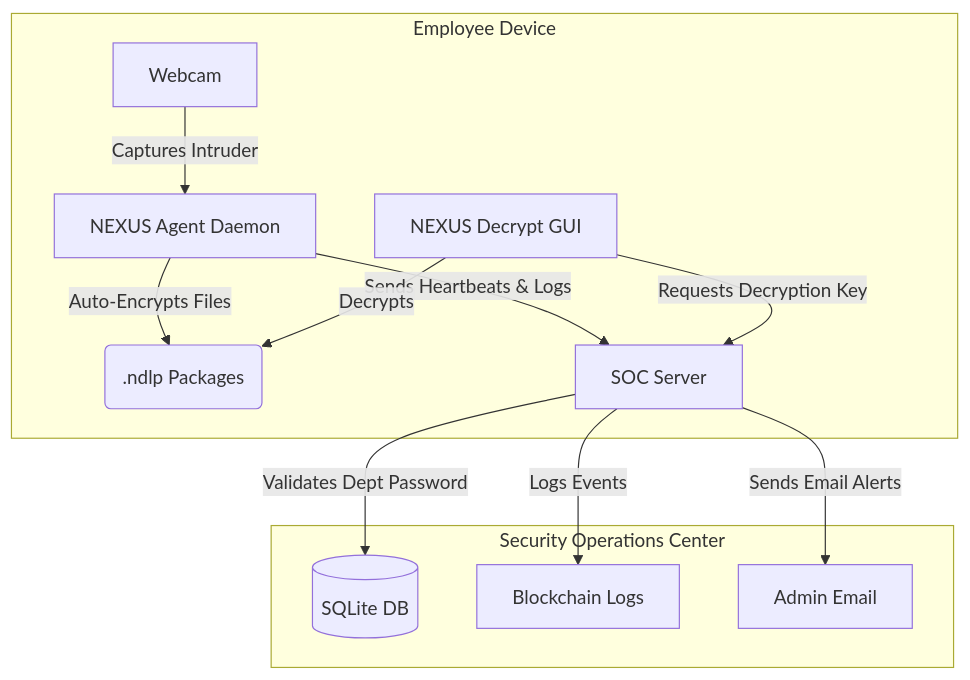
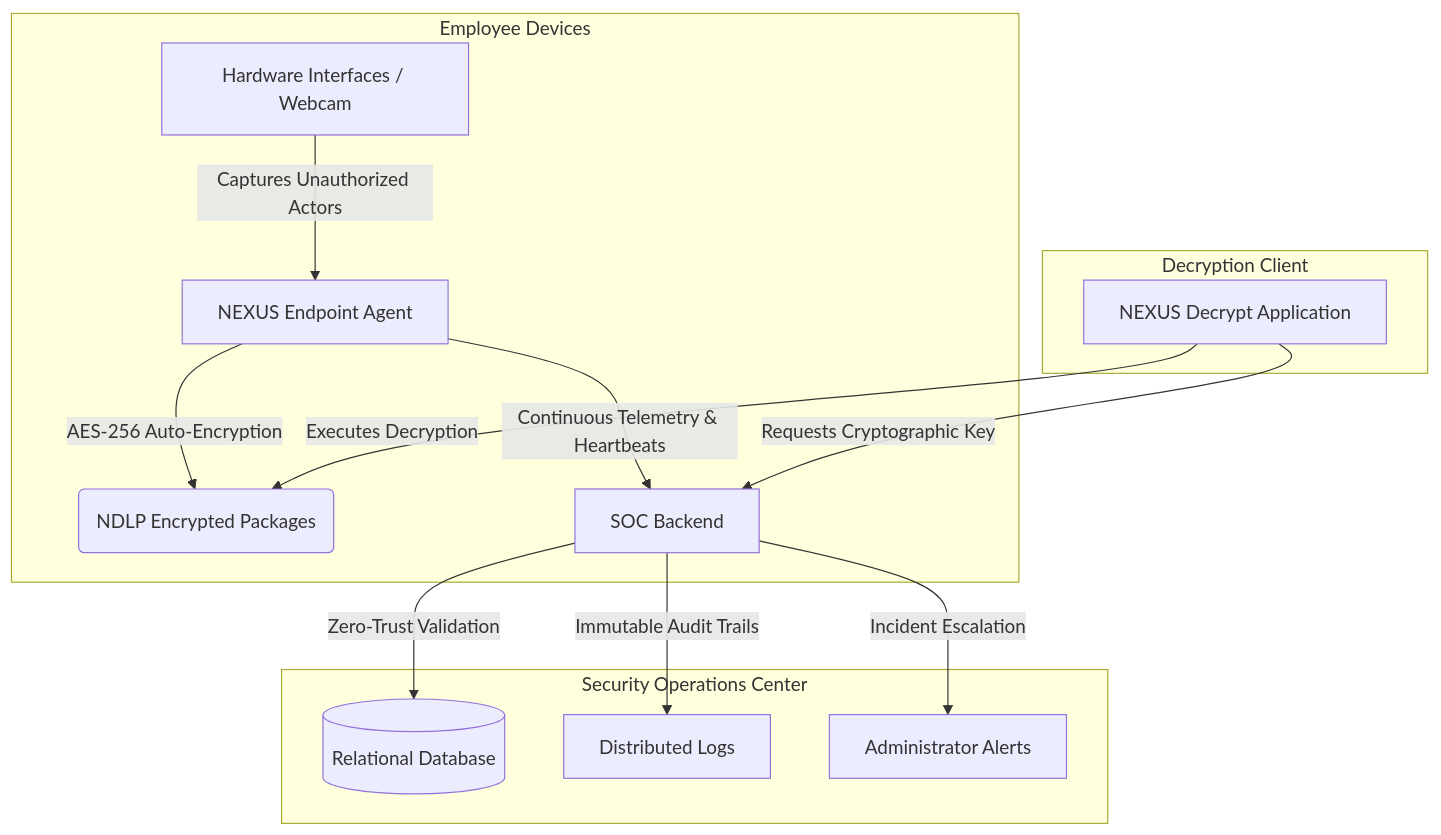
One commit to Arnab0513/Nexus-Secure-Dlp changed the first of 2 diagrams in README.md. Above: the diagram before and after it, drawn with Mermaid. The commit also changed other lines of this file, not shown here.

Commit message:
docs: rewrite architecture and layer descriptions for production-grade presentation

````diff
--- a/README.md
+++ b/README.md
@@ -12,16 +12,19 @@
 ```mermaid
 graph TD;
-    subgraph Endpoint [Employee Device]
-        A[NEXUS Agent Daemon] -->|Auto-Encrypts Files| B(.ndlp Packages)
-        A -->|Sends Heartbeats & Logs| C[SOC Server]
-        D[Webcam] -->|Captures Intruder| A
-        E[NEXUS Decrypt GUI] -->|Requests Decryption Key| C
-        E -->|Decrypts| B
+    subgraph Endpoint Layer [Employee Devices]
+        A[NEXUS Endpoint Agent] -->|AES-256 Auto-Encryption| B(NDLP Encrypted Packages)
+        A -->|Continuous Telemetry & Heartbeats| C[SOC Backend]
+        D[Hardware Interfaces / Webcam] -->|Captures Unauthorized Actors| A
     end
     
-    subgraph Server [Security Operations Center]
-        C -->|Validates Dept Password| F[(SQLite DB)]
-        C -->|Logs Events| G[Blockchain Logs]
-        C -->|Sends Email Alerts| H[Admin Email]
+    subgraph Application Layer [Decryption Client]
+        E[NEXUS Decrypt Application] -->|Requests Cryptographic Key| C
+        E -->|Executes Decryption| B
+    end
+    
+    subgraph Server Layer [Security Operations Center]
+        C -->|Zero-Trust Validation| F[(Relational Database)]
+        C -->|Immutable Audit Trails| G[Distributed Logs]
+        C -->|Incident Escalation| H[Administrator Alerts]
     end
 ```
````
